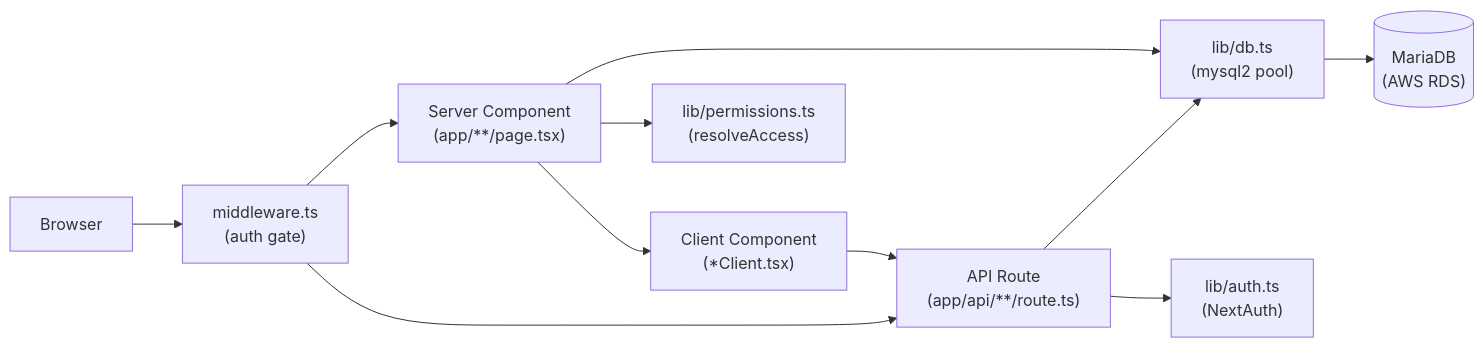
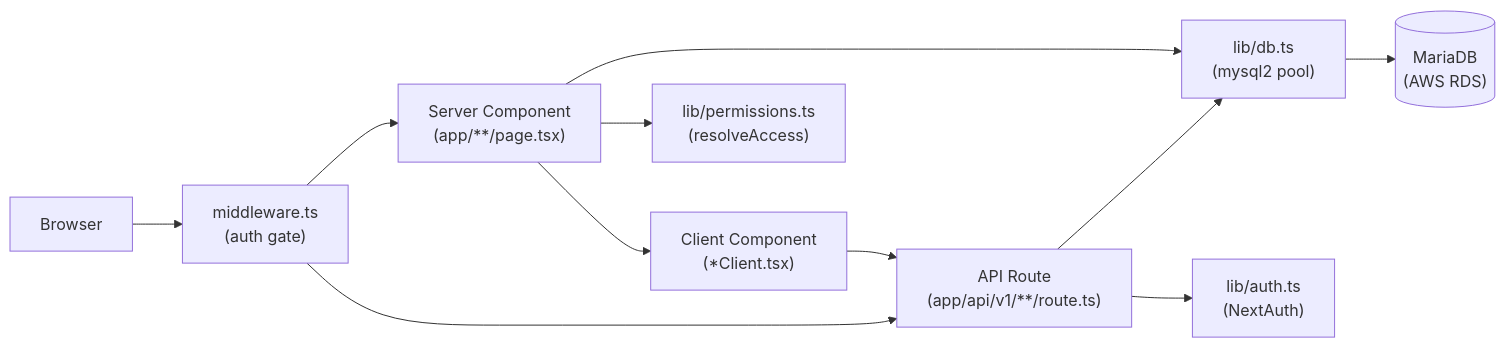
Before and after one commit to ERP-PreFg-Admin/ERP-Prefg-Tool: the first of 3 diagrams in erp_project/docs/architecture.md, drawn with Mermaid. The commit also changed other lines of this file and 96 other files, not shown here.

````diff
--- a/erp_project/docs/architecture.md
+++ b/erp_project/docs/architecture.md
@@ -32,13 +32,13 @@
 ```mermaid
 flowchart LR
     Browser["Browser"] --> MW["middleware.ts\n(auth gate)"]
     MW --> SC["Server Component\n(app/**/page.tsx)"]
-    MW --> AR["API Route\n(app/api/**/route.ts)"]
+    MW --> AR["API Route\n(app/api/v1/**/route.ts)"]
     SC --> LDB["lib/db.ts\n(mysql2 pool)"]
     SC --> LP["lib/permissions.ts\n(resolveAccess)"]
     AR --> LDB
     AR --> LA["lib/auth.ts\n(NextAuth)"]
     LDB --> DB[("MariaDB\n(AWS RDS)")]
     SC --> CC["Client Component\n(*Client.tsx)"]
     CC --> AR
 ```
````
